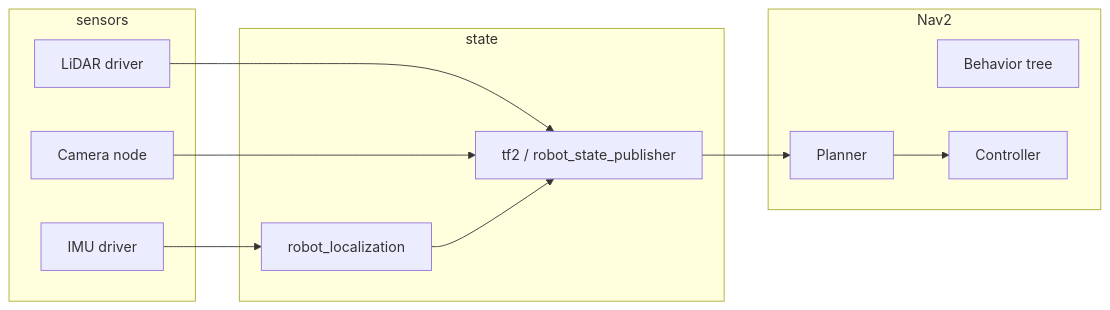
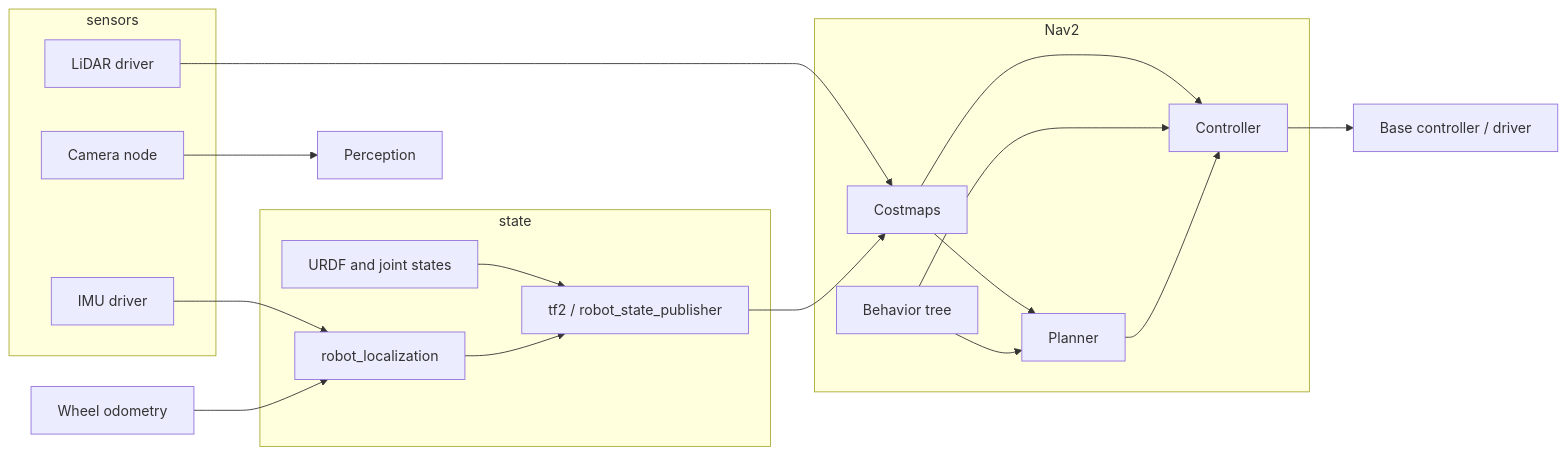
The diagram in Phase 5 - Advanced Topics and Specialization/Track D - Robotics/Advanced Robot Operating System/Lecture-01.md (ai-hpc/ai-hardware-engineer-roadmap), drawn with Mermaid before and after one commit. The commit also changed other lines of this file and 1372 other files, not shown here.

````diff
--- a/Phase 5 - Advanced Topics and Specialization/Track D - Robotics/Advanced Robot Operating System/Lecture-01.md
+++ b/Phase 5 - Advanced Topics and Specialization/Track D - Robotics/Advanced Robot Operating System/Lecture-01.md
@@ -44,23 +51,32 @@
 ```mermaid
 flowchart LR
   subgraph sensors
     L[LiDAR driver]
     C[Camera node]
     I[IMU driver]
   end
   subgraph state
     TF[tf2 / robot_state_publisher]
     EKF[robot_localization]
+    J[URDF and joint states]
   end
   subgraph nav[Nav2]
     BT[Behavior tree]
     PP[Planner]
     MP[Controller]
+    CM[Costmaps]
   end
-  L --> TF
-  C --> TF
+  L --> CM
+  C --> P[Perception]
   I --> EKF
+  O[Wheel odometry] --> EKF
+  J --> TF
   EKF --> TF
-  TF --> PP
+  TF --> CM
+  CM --> PP
+  CM --> MP
+  BT --> PP
+  BT --> MP
   PP --> MP
+  MP --> D[Base controller / driver]
 ```
````
